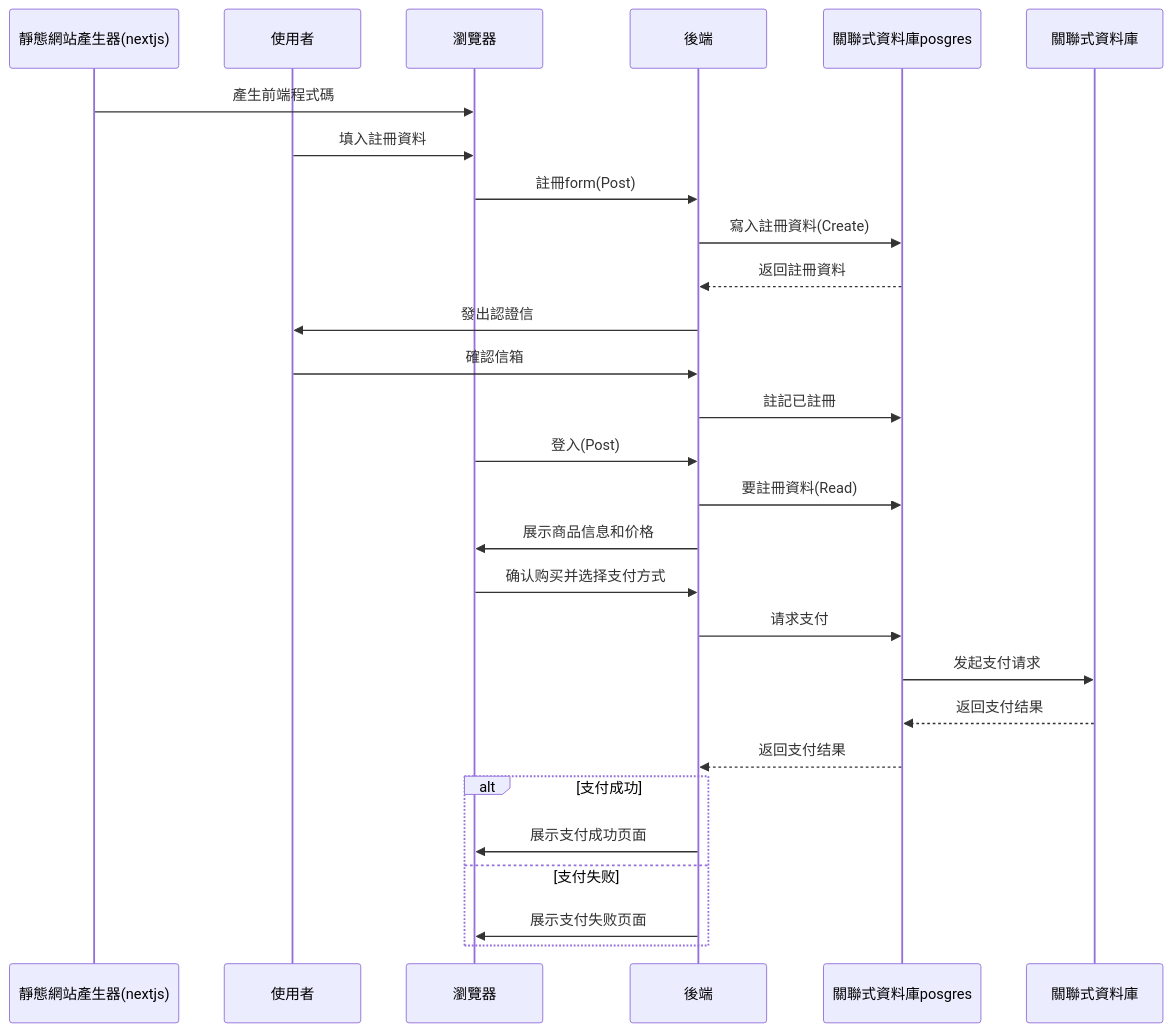
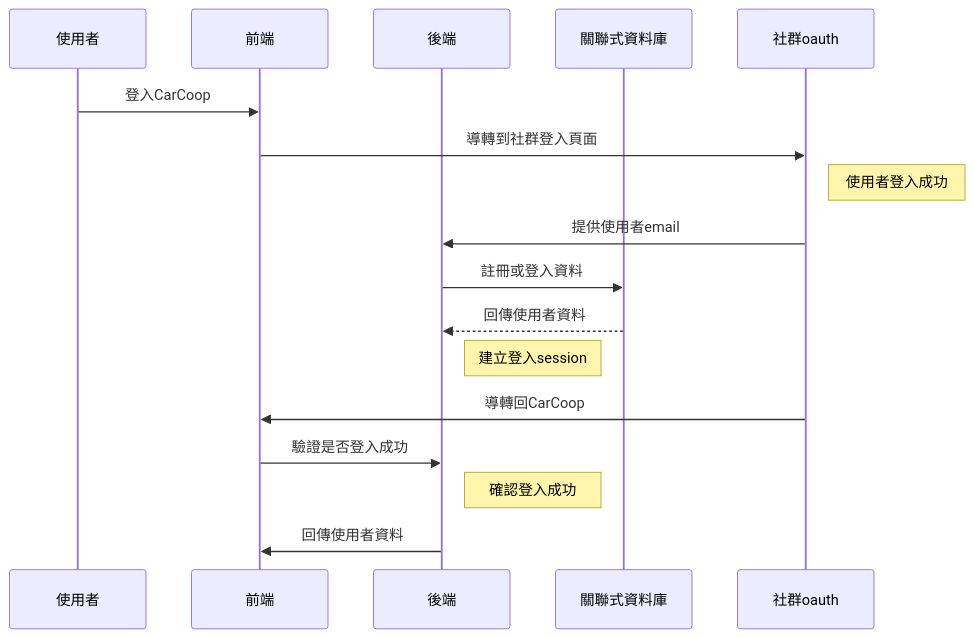
One commit to CarCoop/car-coop changed the first of 3 diagrams in README.md. Above: the diagram before and after it, drawn with Mermaid. The commit also changed other lines of this file, not shown here.

Commit message:
第三方登入

````diff
--- a/README.md
+++ b/README.md
@@ -3,31 +5,19 @@
 ```mermaid
 sequenceDiagram
-    participant 靜態網站產生器(nextjs)
     participant 使用者
-    participant 瀏覽器
+    participant 前端
     participant 後端
-    participant 關聯式資料庫posgres
     participant 關聯式資料庫
-    靜態網站產生器(nextjs)->>瀏覽器:產生前端程式碼
-    使用者->>瀏覽器:填入註冊資料
-    瀏覽器->>後端:註冊form(Post)
-    後端->>關聯式資料庫posgres:寫入註冊資料(Create)
-    關聯式資料庫posgres-->>後端:返回註冊資料
-    後端->>使用者:發出認證信
-    使用者->>後端:確認信箱
-    後端->>關聯式資料庫posgres:註記已註冊
-    瀏覽器->>後端:登入(Post)
-    後端->>關聯式資料庫posgres:要註冊資料(Read)
-
-    後端->>瀏覽器: 展示商品信息和价格
-    瀏覽器->>後端: 确认购买并选择支付方式
-    後端->>關聯式資料庫posgres: 请求支付
-    關聯式資料庫posgres->>關聯式資料庫: 发起支付请求
-    關聯式資料庫-->>關聯式資料庫posgres: 返回支付结果
-    關聯式資料庫posgres-->>後端: 返回支付结果
-    alt 支付成功
-        後端->>瀏覽器: 展示支付成功页面
-    else 支付失败
-        後端->>瀏覽器: 展示支付失败页面
-    end
+    participant 社群oauth
+    使用者->>前端:登入CarCoop
+    前端->>社群oauth:導轉到社群登入頁面
+    Note right of 社群oauth: 使用者登入成功
+    社群oauth->>後端:提供使用者email
+    後端->>關聯式資料庫:註冊或登入資料
+    關聯式資料庫-->>後端:回傳使用者資料
+    Note right of 後端: 建立登入session
+    社群oauth->>前端:導轉回CarCoop
+    前端->>後端:驗證是否登入成功
+    Note right of 後端: 確認登入成功
+    後端->>前端:回傳使用者資料
 ```
````
